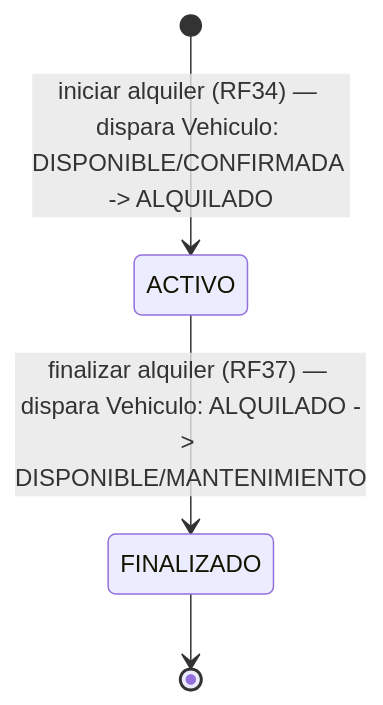
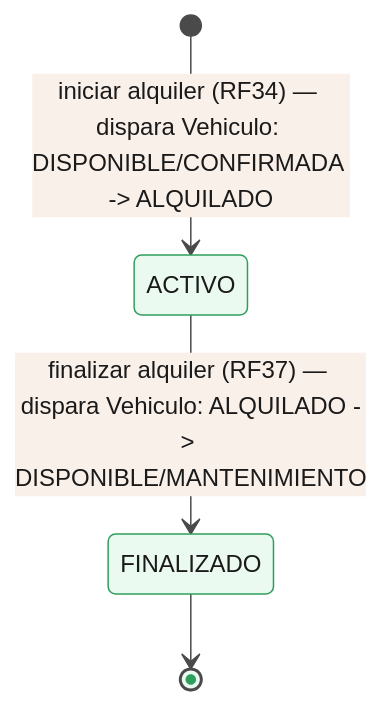
One commit to chaarlyez/Sistema_de_alquiler_de_veh-culos changed the seventh of 7 diagrams in docs/03-uml/03-alquileres-mariocardona970546.md. Above: the diagram before and after it, drawn with Mermaid. The commit also changed other lines of this file and 6 other files, not shown here.

First line of the commit message:
docs: colorear todos los diagramas Mermaid y cerrar observacion de notacion

````diff
--- a/docs/03-uml/03-alquileres-mariocardona970546.md
+++ b/docs/03-uml/03-alquileres-mariocardona970546.md
@@ -289,6 +396,19 @@
 ```mermaid
+%%{init: {'theme': 'base', 'themeVariables': {
+  'background': '#ffffff',
+  'primaryColor': '#eafaf0',
+  'primaryBorderColor': '#2f9e5c',
+  'primaryTextColor': '#1a1a1a',
+  'lineColor': '#4a4a4a',
+  'textColor': '#1a1a1a'
+}}}%%
 stateDiagram-v2
     [*] --> ACTIVO : iniciar alquiler (RF34) — dispara Vehiculo: DISPONIBLE/CONFIRMADA -> ALQUILADO
     ACTIVO --> FINALIZADO : finalizar alquiler (RF37) — dispara Vehiculo: ALQUILADO -> DISPONIBLE/MANTENIMIENTO
     FINALIZADO --> [*]
+
+    classDef active fill:#eafaf0,stroke:#2f9e5c,color:#1a1a1a
+    classDef done fill:#eef6ff,stroke:#2a6fb0,color:#1a1a1a
+    class ACTIVO:::active
+    class FINALIZADO:::done
 ```
````
